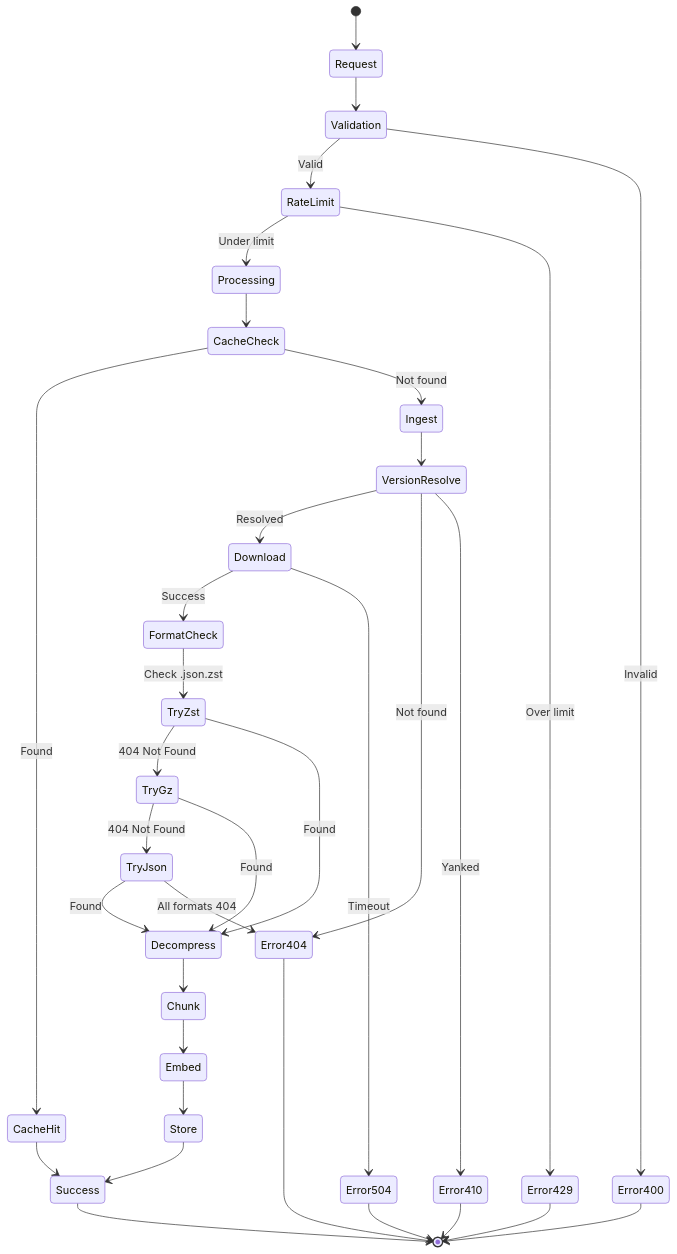
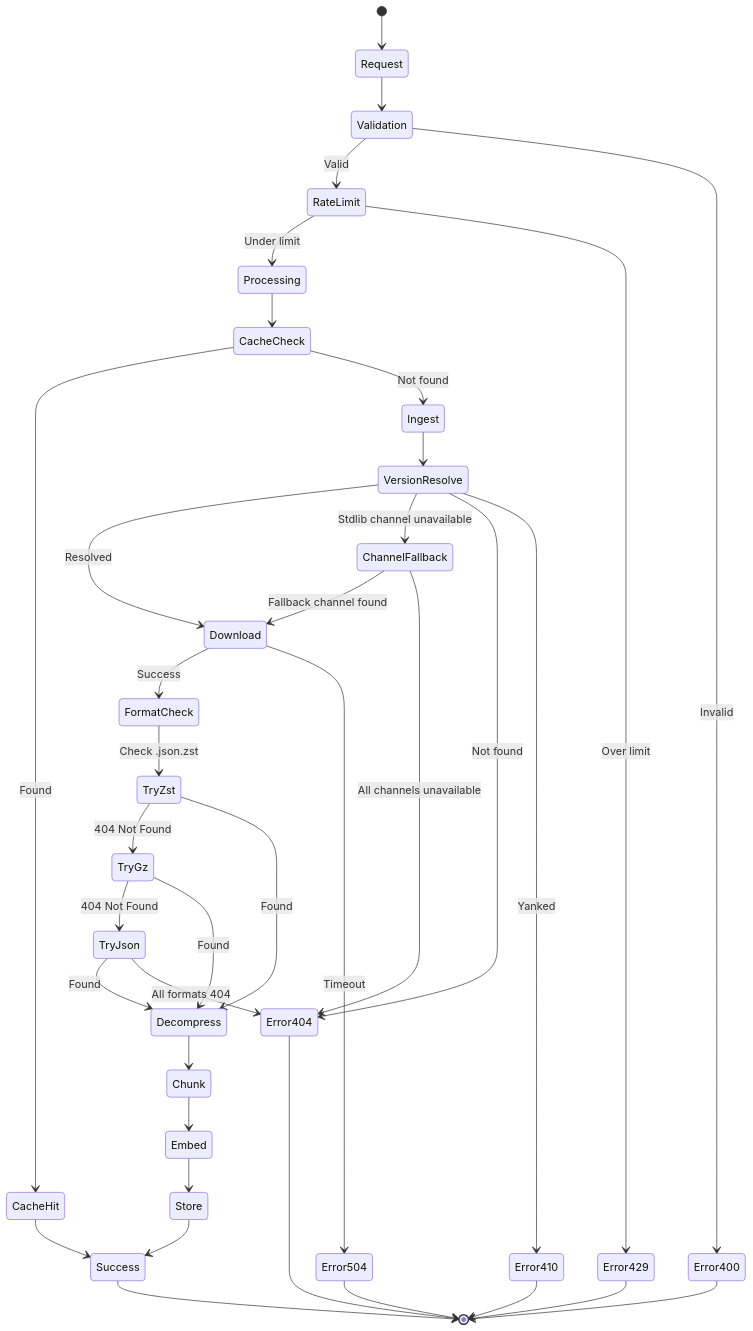
Before and after one commit to RimoVR/docsrs-mcp: the ninth of 16 diagrams in Architecture.md, drawn with Mermaid. The commit also changed other lines of this file and 8 other files, not shown here.

````diff
--- a/Architecture.md
+++ b/Architecture.md
@@ -434,44 +435,48 @@
 ```mermaid
 stateDiagram-v2
     [*] --> Request
     Request --> Validation
     
     Validation --> RateLimit: Valid
     Validation --> Error400: Invalid
     
     RateLimit --> Processing: Under limit
     RateLimit --> Error429: Over limit
     
     Processing --> CacheCheck
     CacheCheck --> CacheHit: Found
     CacheCheck --> Ingest: Not found
     
     CacheHit --> Success
     
     Ingest --> VersionResolve
     VersionResolve --> Download: Resolved
+    VersionResolve --> ChannelFallback: Stdlib channel unavailable
     VersionResolve --> Error404: Not found
     VersionResolve --> Error410: Yanked
+    
+    ChannelFallback --> Download: Fallback channel found
+    ChannelFallback --> Error404: All channels unavailable
     
     Download --> FormatCheck: Success
     FormatCheck --> TryZst: Check .json.zst
     TryZst --> TryGz: 404 Not Found
     TryZst --> Decompress: Found
     TryGz --> TryJson: 404 Not Found  
     TryGz --> Decompress: Found
     TryJson --> Decompress: Found
     TryJson --> Error404: All formats 404
     Download --> Error504: Timeout
     
     Decompress --> Chunk
     Chunk --> Embed
     Embed --> Store
     Store --> Success
     
     Error400 --> [*]
     Error404 --> [*]
     Error410 --> [*]
     Error429 --> [*]
     Error504 --> [*]
     Success --> [*]
 ```
````
